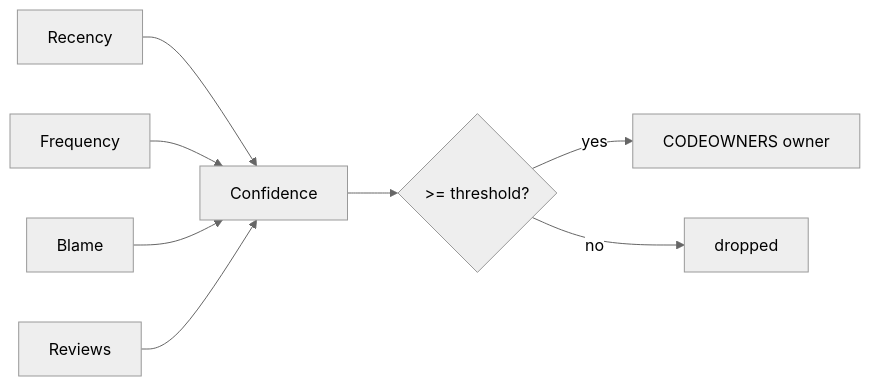
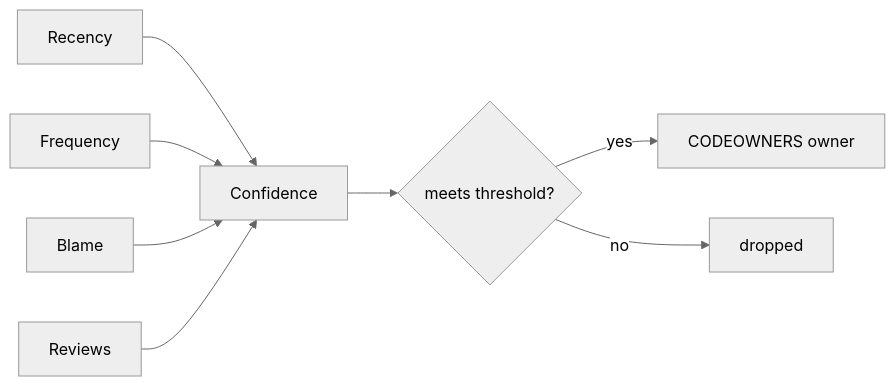
Before and after one commit to fortyOneTech/checkOwners: the second of 2 diagrams in docs/USAGE.md, drawn with Mermaid (neutral theme). The commit also changed other lines of this file and 2 other files, not shown here.

First line of the commit message:
docs(0.4.0): drop README Mermaid for PyPI; markdown style pass

````diff
--- a/docs/USAGE.md
+++ b/docs/USAGE.md
@@ -74,10 +93,10 @@
 ```mermaid
 flowchart LR
     R[Recency] --> S[Confidence]
     F[Frequency] --> S
     B[Blame] --> S
     V[Reviews] --> S
-    S --> Filter{>= threshold?}
+    S --> Filter{meets threshold?}
     Filter -->|yes| Generate[CODEOWNERS owner]
     Filter -->|no| Drop[dropped]
 ```
````
